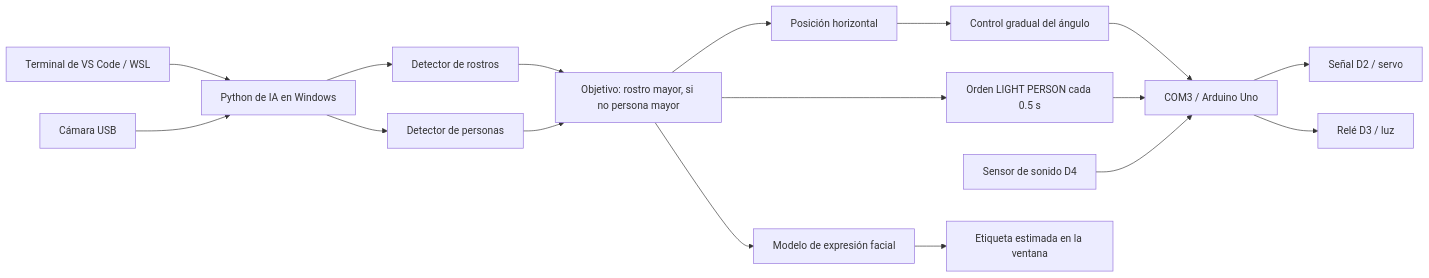
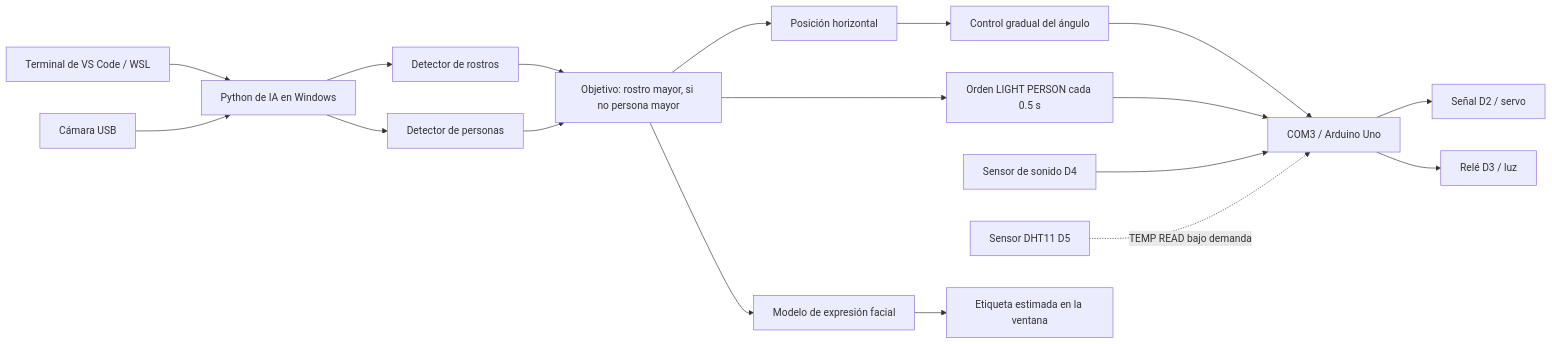
Before and after one commit to cokoy-ng/person-tracking-camera-system: the diagram in README.md, drawn with Mermaid. The commit also changed other lines of this file and 4 other files, not shown here.

````diff
--- a/README.md
+++ b/README.md
@@ -145,19 +153,20 @@
 ```mermaid
 flowchart LR
     A[Terminal de VS Code / WSL] --> B[Python de IA en Windows]
     C[Cámara USB] --> B
     B --> D[Detector de rostros]
     B --> P[Detector de personas]
     D --> E[Objetivo: rostro mayor, si no persona mayor]
     P --> E
     E --> F[Posición horizontal]
     F --> G[Control gradual del ángulo]
     G --> H[COM3 / Arduino Uno]
     H --> I[Señal D2 / servo]
     E --> L[Orden LIGHT PERSON cada 0.5 s]
     L --> H
     H --> M[Relé D3 / luz]
     N[Sensor de sonido D4] --> H
+    O[Sensor DHT11 D5] -. TEMP READ bajo demanda .-> H
     E --> J[Modelo de expresión facial]
     J --> K[Etiqueta estimada en la ventana]
 ```
````
